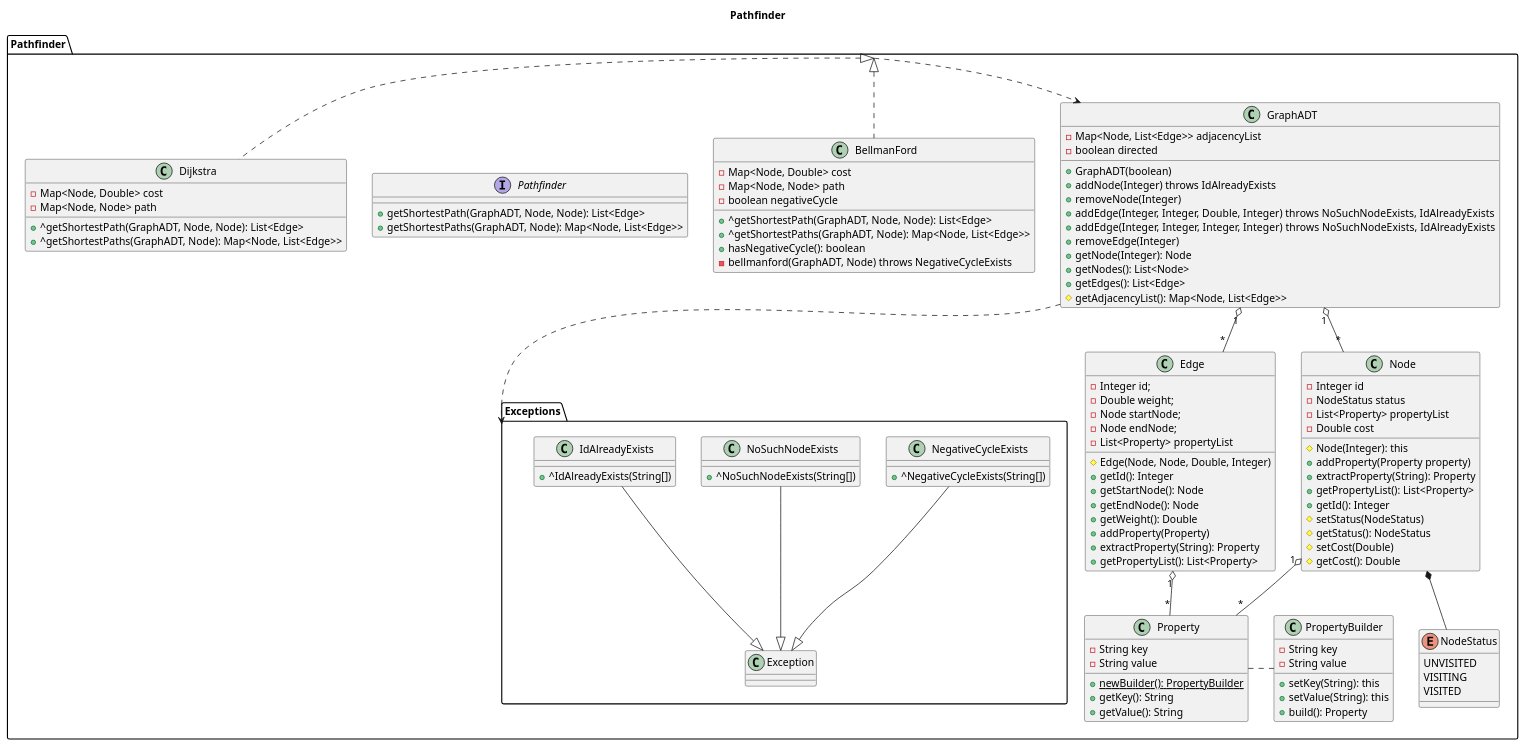
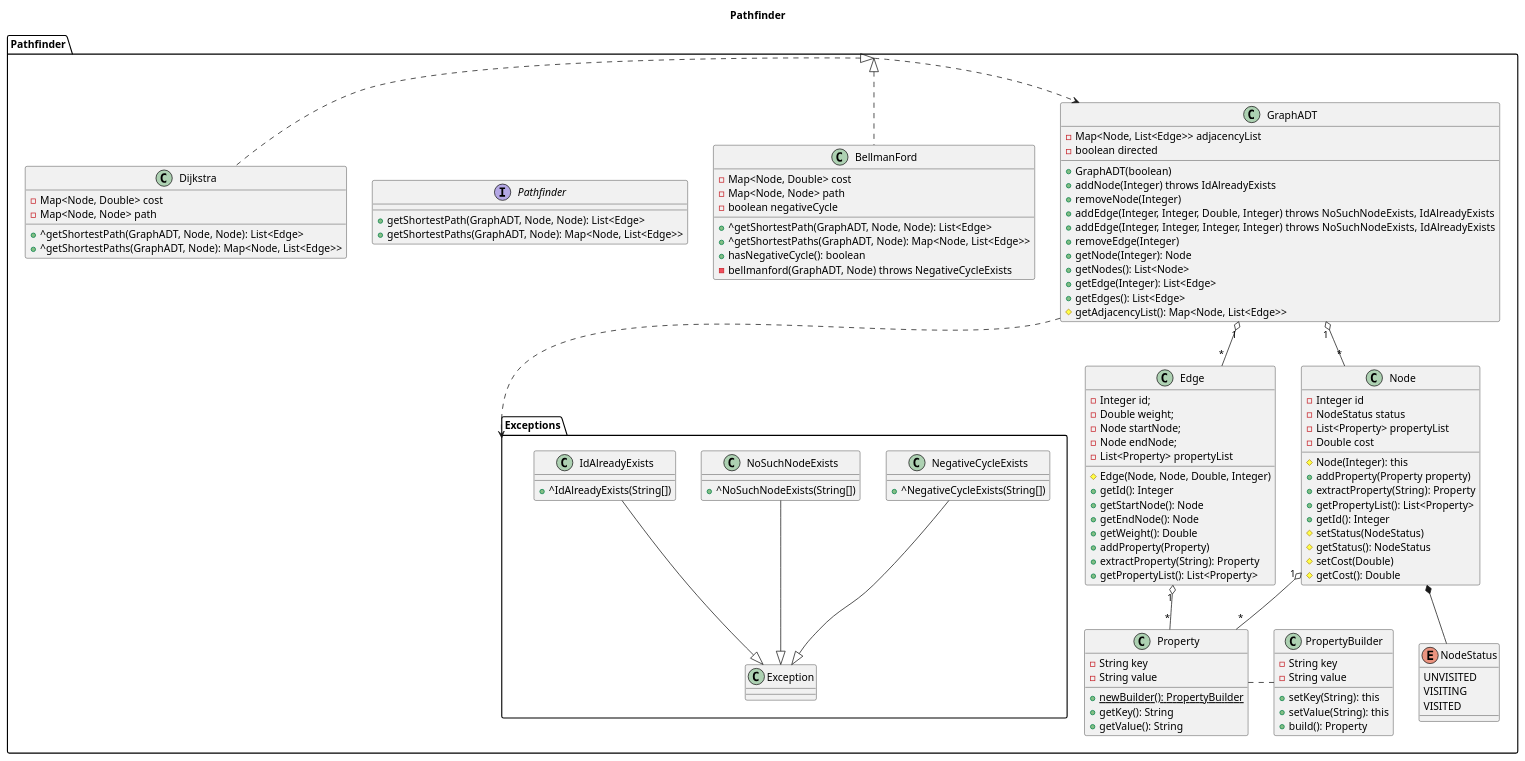
Before and after one commit to itshady/Island-Generator: the diagram in umlDiagrams/A4/graph.puml, drawn with PlantUML. The commit also changed 6 other files, not shown here.

```diff
--- a/umlDiagrams/A4/graph.puml
+++ b/umlDiagrams/A4/graph.puml
@@ -1,139 +1,140 @@
 @startuml
 
 title Pathfinder
 
 package Pathfinder {
 
   package Exceptions {
 
     class NegativeCycleExists {
       +^NegativeCycleExists(String[])
     }
 
     class NoSuchNodeExists {
       +^NoSuchNodeExists(String[])
     }
 
     class IdAlreadyExists {
       +^IdAlreadyExists(String[])
     }
 
   }
 
   class BellmanFord {
     -Map<Node, Double> cost
     -Map<Node, Node> path
     -boolean negativeCycle
     +^getShortestPath(GraphADT, Node, Node): List<Edge>
     +^getShortestPaths(GraphADT, Node): Map<Node, List<Edge>>
     +hasNegativeCycle(): boolean
     -bellmanford(GraphADT, Node) throws NegativeCycleExists
   }
 
   class Dijkstra {
     -Map<Node, Double> cost
     -Map<Node, Node> path
     +^getShortestPath(GraphADT, Node, Node): List<Edge>
     +^getShortestPaths(GraphADT, Node): Map<Node, List<Edge>>
   }
 
   interface Pathfinder {
     +getShortestPath(GraphADT, Node, Node): List<Edge>
     +getShortestPaths(GraphADT, Node): Map<Node, List<Edge>>
   }
 
   class GraphADT {
     -Map<Node, List<Edge>> adjacencyList
     -boolean directed
 
     +GraphADT(boolean)
     +addNode(Integer) throws IdAlreadyExists
     +removeNode(Integer)
     +addEdge(Integer, Integer, Double, Integer) throws NoSuchNodeExists, IdAlreadyExists
     +addEdge(Integer, Integer, Integer, Integer) throws NoSuchNodeExists, IdAlreadyExists
     +removeEdge(Integer)
     +getNode(Integer): Node
     +getNodes(): List<Node>
+    +getEdge(Integer): List<Edge>
     +getEdges(): List<Edge>
     #getAdjacencyList(): Map<Node, List<Edge>>
   }
 
   class Node {
     -Integer id
     -NodeStatus status
     -List<Property> propertyList
     -Double cost
 
     #Node(Integer): this
     +addProperty(Property property)
     +extractProperty(String): Property
     +getPropertyList(): List<Property>
     +getId(): Integer
     #setStatus(NodeStatus)
     #getStatus(): NodeStatus
     #setCost(Double)
     #getCost(): Double
   }
 
   enum NodeStatus {
       UNVISITED
       VISITING
       VISITED
     }
 
   class Edge {
     -Integer id;
     -Double weight;
     -Node startNode;
     -Node endNode;
     -List<Property> propertyList
 
     #Edge(Node, Node, Double, Integer)
     +getId(): Integer
     +getStartNode(): Node
     +getEndNode(): Node
     +getWeight(): Double
     +addProperty(Property)
     +extractProperty(String): Property
     +getPropertyList(): List<Property>
   }
 
   class Property {
     -String key
     -String value
 
     +{static} newBuilder(): PropertyBuilder
     +getKey(): String
     +getValue(): String
   }
 
   class PropertyBuilder {
     -String key
     -String value
 
     +setKey(String): this
     +setValue(String): this
     +build(): Property
   }
 
 }
 
 NoSuchNodeExists --|> Pathfinder.Exceptions.Exception
 NegativeCycleExists -down-|> Pathfinder.Exceptions.Exception
 IdAlreadyExists --|> Pathfinder.Exceptions.Exception
 
 BellmanFord .up.|> Pathfinder
 Dijkstra .up.|> Pathfinder
 BellmanFord -[hidden]-> Exceptions
 Pathfinder ..> GraphADT
 
 GraphADT ..> Exceptions
 GraphADT "1" o-- "*" Edge
 GraphADT "1" o-- "*" Node
 Node *-- NodeStatus
 PropertyBuilder .left. Property
 Node "1" o-- "*" Property
 Edge "1" o-- "*" Property
 
 
 @enduml
```
